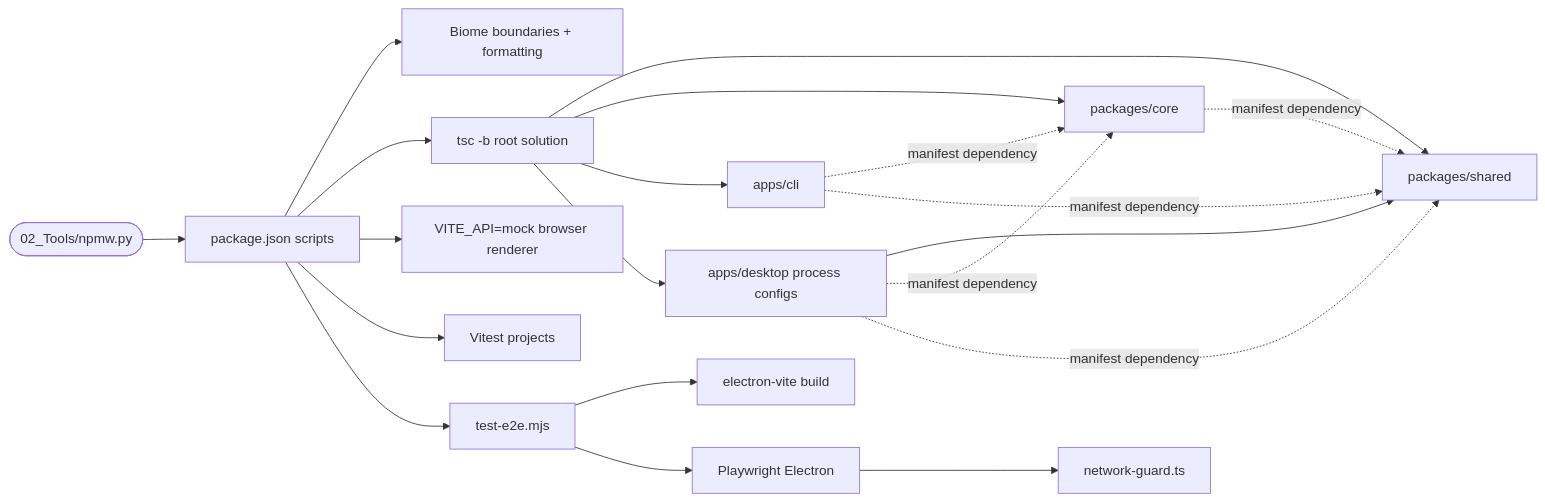
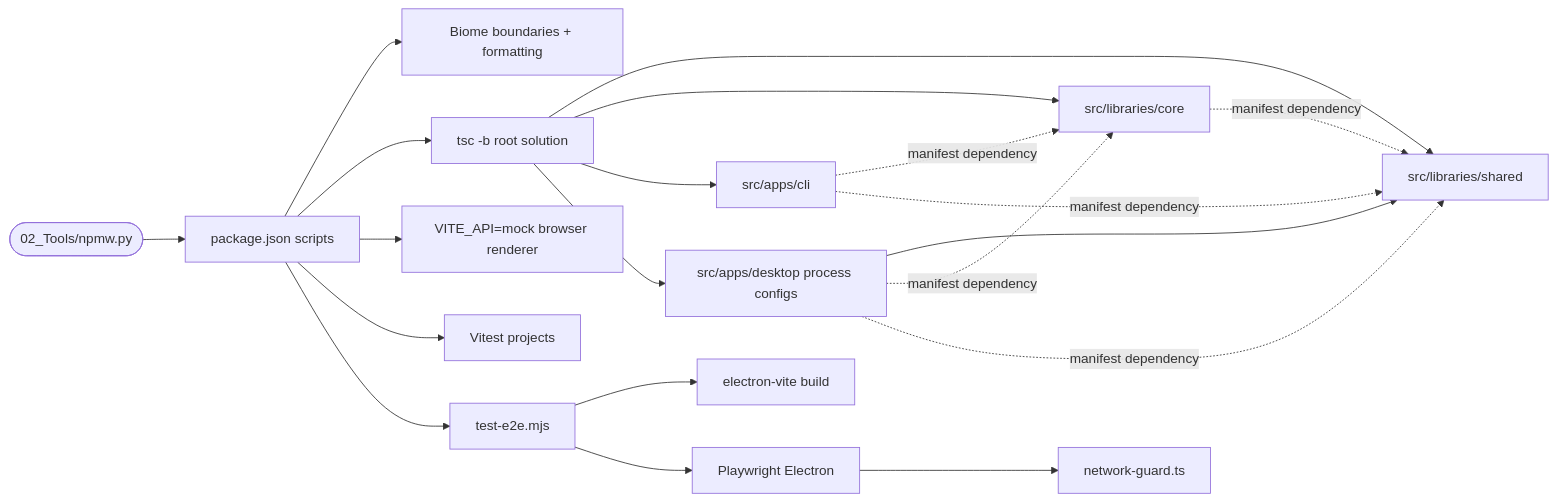
One commit to DDP-Engineering/2026_Virtual_Embedded_Rig_Assistant changed the diagram in .agentic/knowledge/software-tooling.md. Above: the diagram before and after it, drawn with Mermaid. The commit also changed other lines of this file and 834 other files, not shown here.

````diff
--- a/.agentic/knowledge/software-tooling.md
+++ b/.agentic/knowledge/software-tooling.md
@@ -56,22 +56,22 @@
 ```mermaid
 flowchart LR
   setup([02_Tools/npmw.py]) --> npm[package.json scripts]
   npm --> biome[Biome boundaries + formatting]
   npm --> tsc[tsc -b root solution]
-  tsc --> shared[packages/shared]
-  tsc --> core[packages/core]
-  tsc --> cli[apps/cli]
-  tsc --> desktop[apps/desktop process configs]
+  tsc --> shared[src/libraries/shared]
+  tsc --> core[src/libraries/core]
+  tsc --> cli[src/apps/cli]
+  tsc --> desktop[src/apps/desktop process configs]
   core -. manifest dependency .-> shared
   cli -. manifest dependency .-> core
   cli -. manifest dependency .-> shared
   desktop --> shared
   npm --> browser[VITE_API=mock browser renderer]
   desktop -. manifest dependency .-> core
   desktop -. manifest dependency .-> shared
   npm --> unit[Vitest projects]
   npm --> launcher[test-e2e.mjs]
   launcher --> build[electron-vite build]
   launcher --> acceptance[Playwright Electron]
   acceptance --> guard[network-guard.ts]
 ```
````
